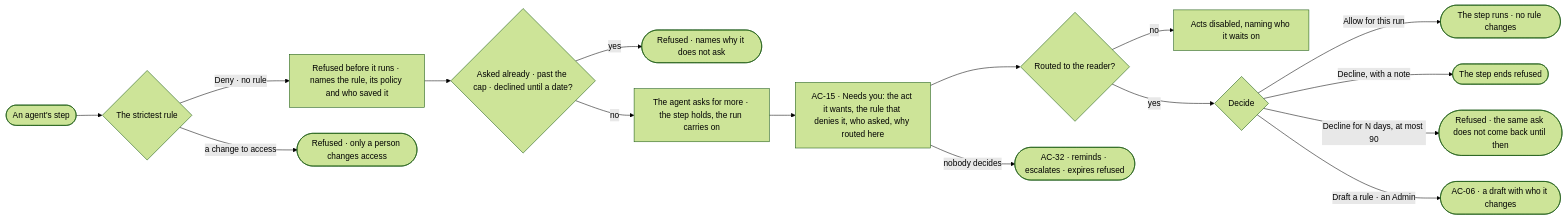
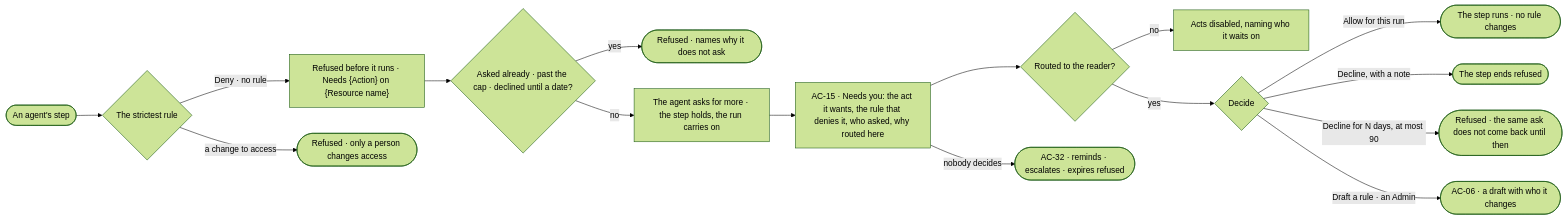
Before and after one commit to invana/invana: the diagram in specs/os/access/features/AC-F04-what-an-agent-may-touch/stories/AC-14-a-blocked-agent-asks-for-more/story.md, drawn with Mermaid (forest theme). The commit also changed other lines of this file and 13 other files, not shown here.

Commit message:
docs(specs): refusals and grants never name a rule without Read on Access Policies

````diff
--- a/specs/os/access/features/AC-F04-what-an-agent-may-touch/stories/AC-14-a-blocked-agent-asks-for-more/story.md
+++ b/specs/os/access/features/AC-F04-what-an-agent-may-touch/stories/AC-14-a-blocked-agent-asks-for-more/story.md
@@ -27,18 +27,18 @@
 ```mermaid
 flowchart LR
   s([An agent's step]) --> b{"The strictest rule"}
-  b -->|Deny · no rule| r["Refused before it runs · names the rule, its policy and who saved it"]
+  b -->|Deny · no rule| r["Refused before it runs · Needs {Action} on {Resource name}"]
   r --> c{"Asked already · past the cap · declined until a date?"}
   c -->|yes| stop(["Refused · names why it does not ask"])
   c -->|no| a["The agent asks for more · the step holds, the run carries on"]
   a --> n["AC-15 · Needs you: the act it wants, the rule that denies it, who asked, why routed here"]
   n --> w{"Routed to the reader?"}
   w -->|no| ro["Acts disabled, naming who it waits on"]
   w -->|yes| d{"Decide"}
   d -->|Allow for this run| go(["The step runs · no rule changes"])
   d -->|Decline, with a note| no(["The step ends refused"])
   d -->|Decline for N days, at most 90| nd(["Refused · the same ask does not come back until then"])
   d -->|Draft a rule · an Admin| dr(["AC-06 · a draft with who it changes"])
   n -->|nobody decides| ex(["AC-32 · reminds · escalates · expires refused"])
   b -->|a change to access| fx(["Refused · only a person changes access"])
 ```
````
